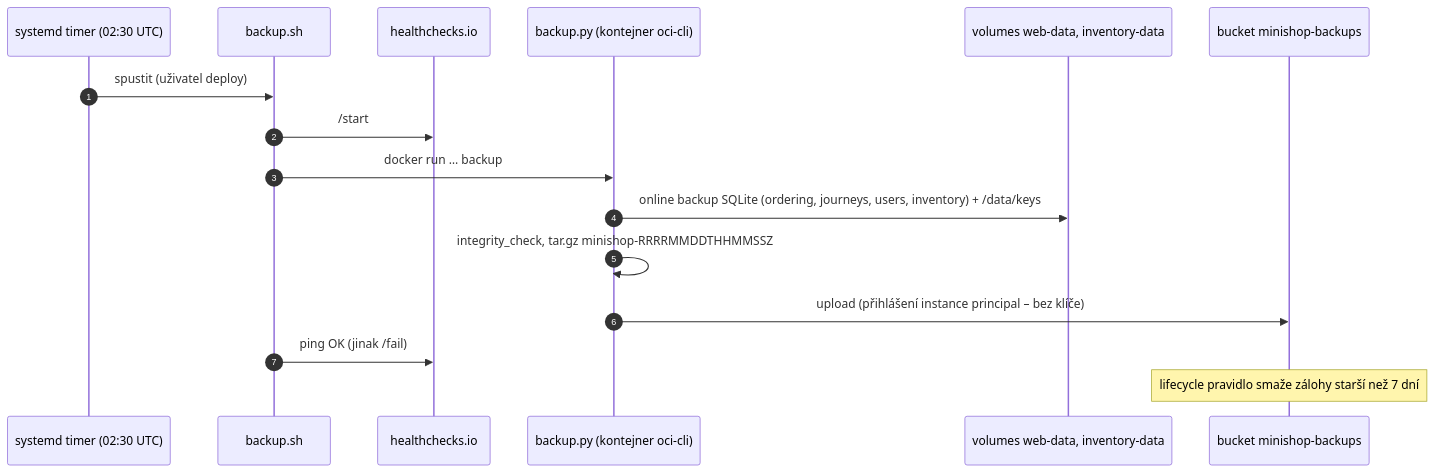
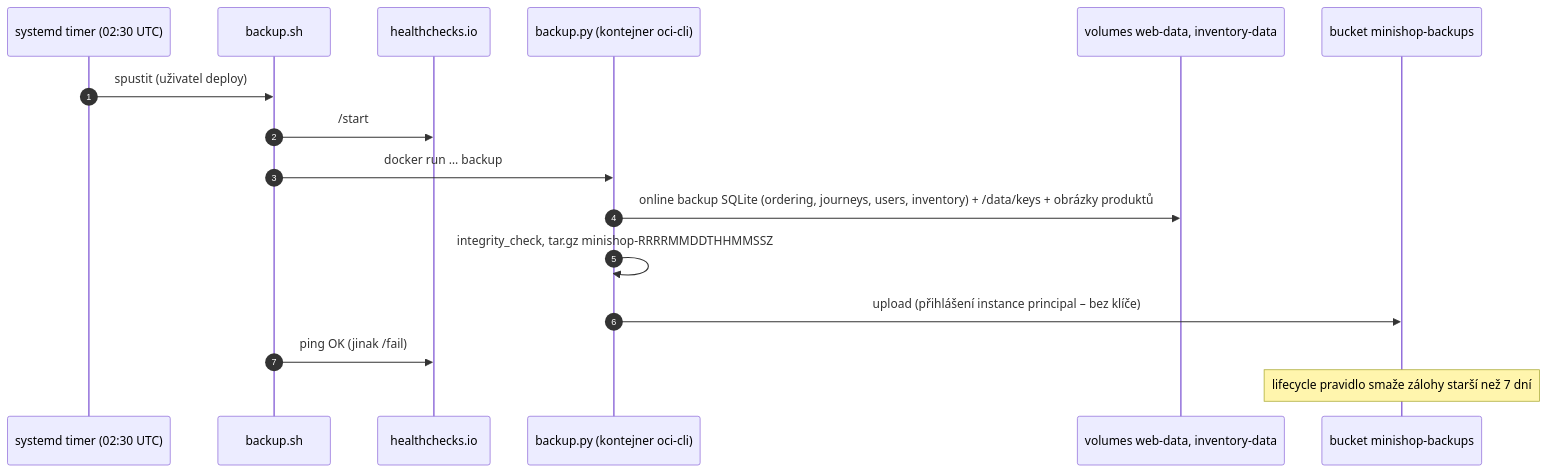
The diagram in docs/prirucka/nasazeni/zalohy.md (ftichy/MiniShop), drawn with Mermaid before and after one commit. The commit also changed other lines of this file and 47 other files, not shown here.

First line of the commit message:
ESHOP STEP2B: obrázky produktů

````diff
--- a/docs/prirucka/nasazeni/zalohy.md
+++ b/docs/prirucka/nasazeni/zalohy.md
@@ -12,19 +12,19 @@
 ```mermaid
 sequenceDiagram
     autonumber
     participant T as systemd timer (02:30 UTC)
     participant S as backup.sh
     participant HC as healthchecks.io
     participant P as backup.py (kontejner oci-cli)
     participant V as volumes web-data, inventory-data
     participant B as bucket minishop-backups
 
     T->>S: spustit (uživatel deploy)
     S->>HC: /start
     S->>P: docker run … backup
-    P->>V: online backup SQLite (ordering, journeys, users, inventory) + /data/keys
+    P->>V: online backup SQLite (ordering, journeys, users, inventory) + /data/keys + obrázky produktů
     P->>P: integrity_check, tar.gz minishop-RRRRMMDDTHHMMSSZ
     P->>B: upload (přihlášení instance principal – bez klíče)
     S->>HC: ping OK (jinak /fail)
     Note over B: lifecycle pravidlo smaže zálohy starší než 7 dní
 ```
````
